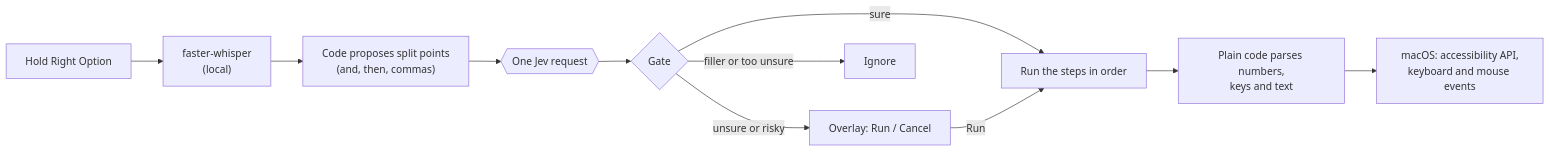
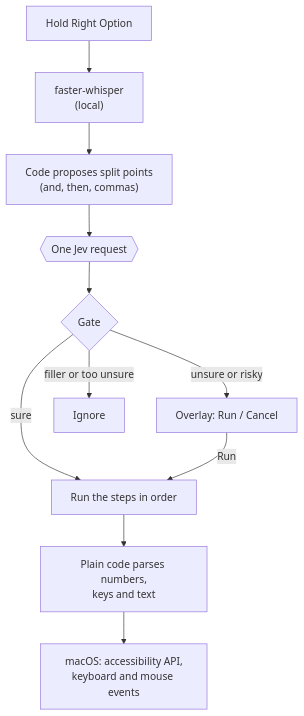
One commit to MatthewRuizDiaz/voicecom-jev changed the first of 2 diagrams in README.md. Above: the diagram before and after it, drawn with Mermaid.

Commit message:
README: draw the pipeline top to bottom so it stays readable
Refs #21

````diff
--- a/README.md
+++ b/README.md
@@ -40,13 +40,13 @@
 ```mermaid
-flowchart LR
+flowchart TD
     K["Hold Right Option"] --> W["faster-whisper<br/>(local)"]
     W --> S["Code proposes split points<br/>(and, then, commas)"]
     S --> J{{"One Jev request"}}
     J --> G{"Gate"}
     G -- "sure" --> R["Run the steps in order"]
     G -- "unsure or risky" --> O["Overlay: Run / Cancel"]
     G -- "filler or too unsure" --> I["Ignore"]
     O -- "Run" --> R
     R --> P["Plain code parses numbers,<br/>keys and text"]
     P --> M["macOS: accessibility API,<br/>keyboard and mouse events"]
 ```
````
